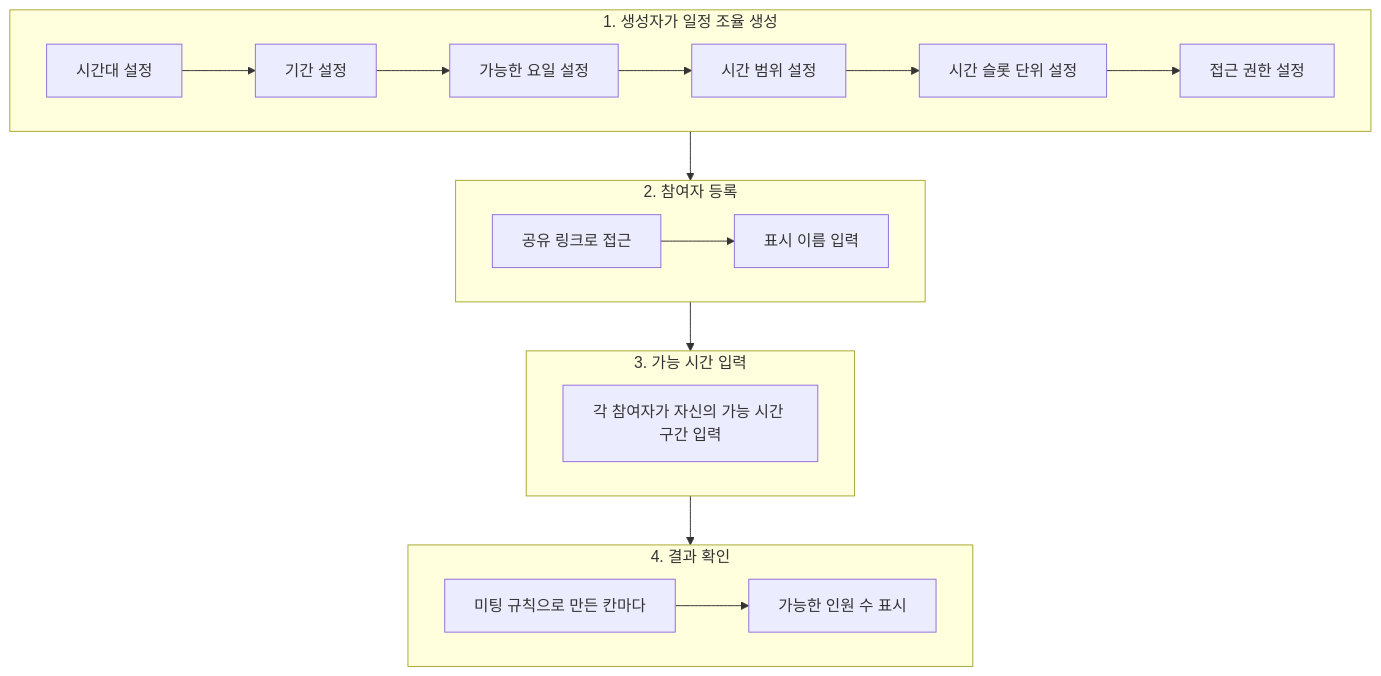
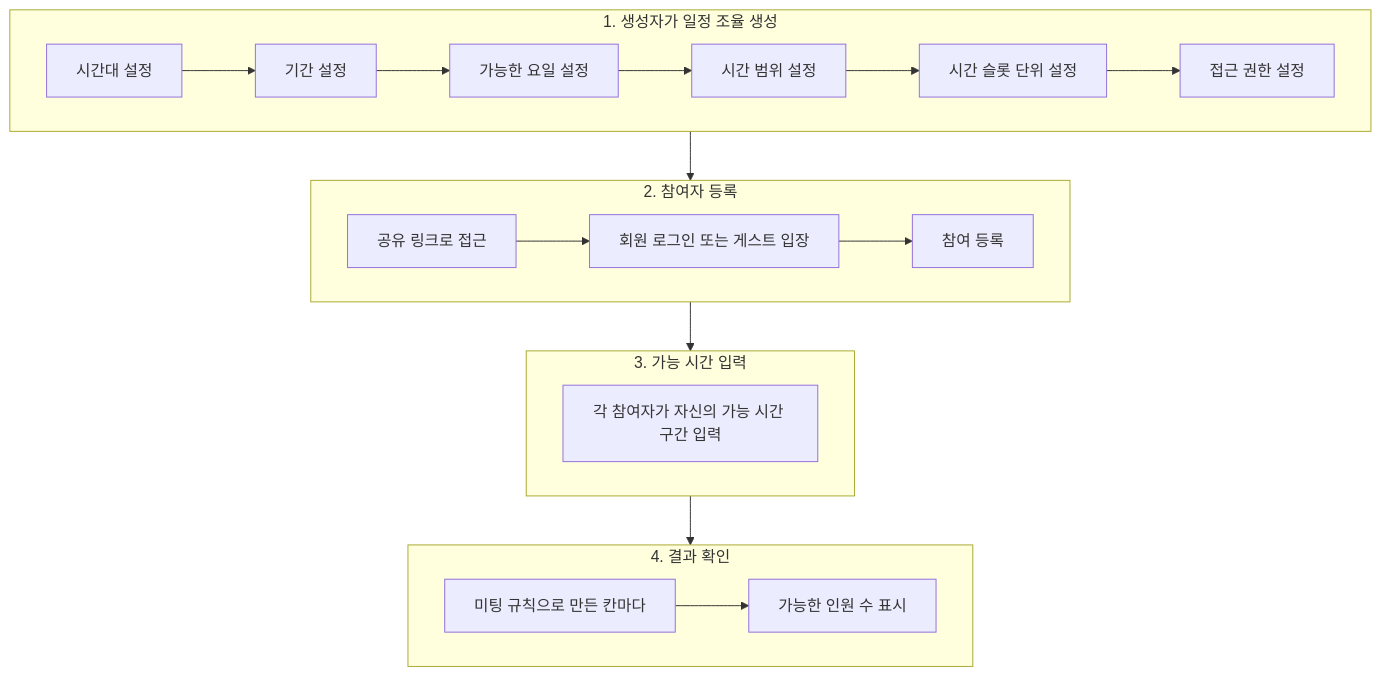
Before and after one commit to onprem-hipster-timer/backend: the diagram in docs/guides/meeting.ko.md, drawn with Mermaid. The commit also changed other lines of this file and 7 other files, not shown here.

````diff
--- a/docs/guides/meeting.ko.md
+++ b/docs/guides/meeting.ko.md
@@ -11,24 +11,25 @@
 ```mermaid
 flowchart TD
     subgraph step1["1. 생성자가 일정 조율 생성"]
         A0[시간대 설정] --> A1[기간 설정]
         A1 --> A2[가능한 요일 설정]
         A2 --> A3[시간 범위 설정]
         A3 --> A4[시간 슬롯 단위 설정]
         A4 --> A5[접근 권한 설정]
     end
 
     subgraph step2["2. 참여자 등록"]
-        B1[공유 링크로 접근] --> B2[표시 이름 입력]
+        B1[공유 링크로 접근] --> B2[회원 로그인 또는 게스트 입장]
+        B2 --> B3[참여 등록]
     end
 
     subgraph step3["3. 가능 시간 입력"]
         C1[각 참여자가 자신의 가능 시간 구간 입력]
     end
 
     subgraph step4["4. 결과 확인"]
         D1[미팅 규칙으로 만든 칸마다] --> D2[가능한 인원 수 표시]
     end
 
     step1 --> step2 --> step3 --> step4
 ```
````
